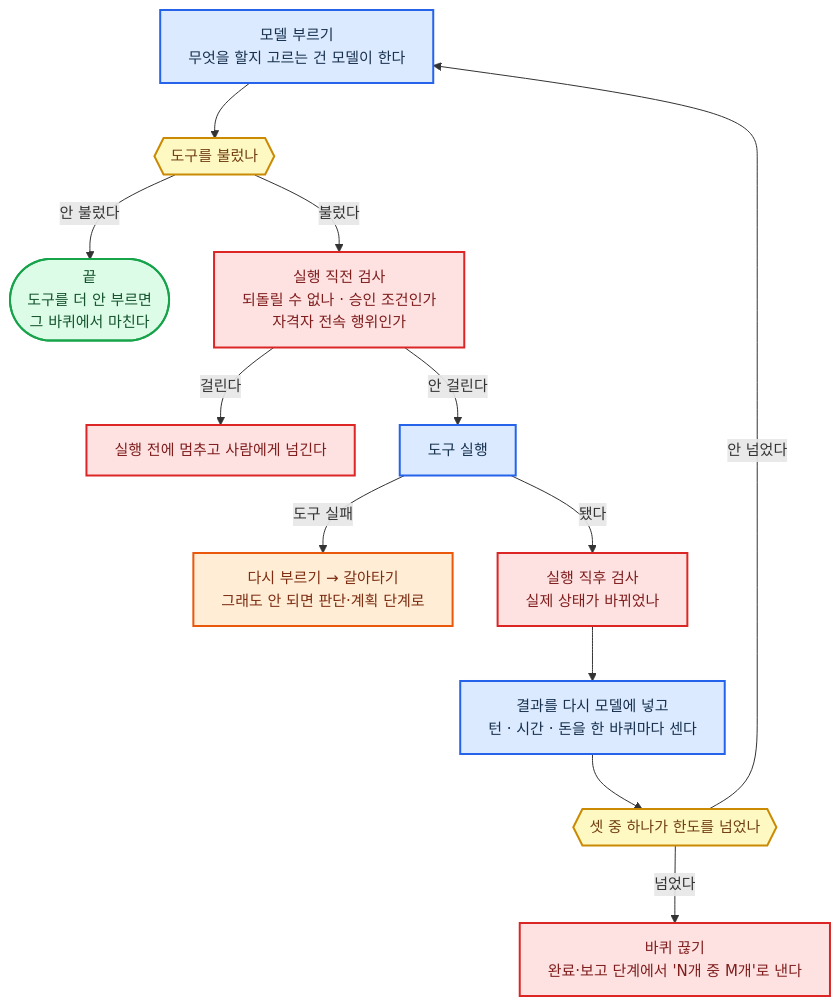
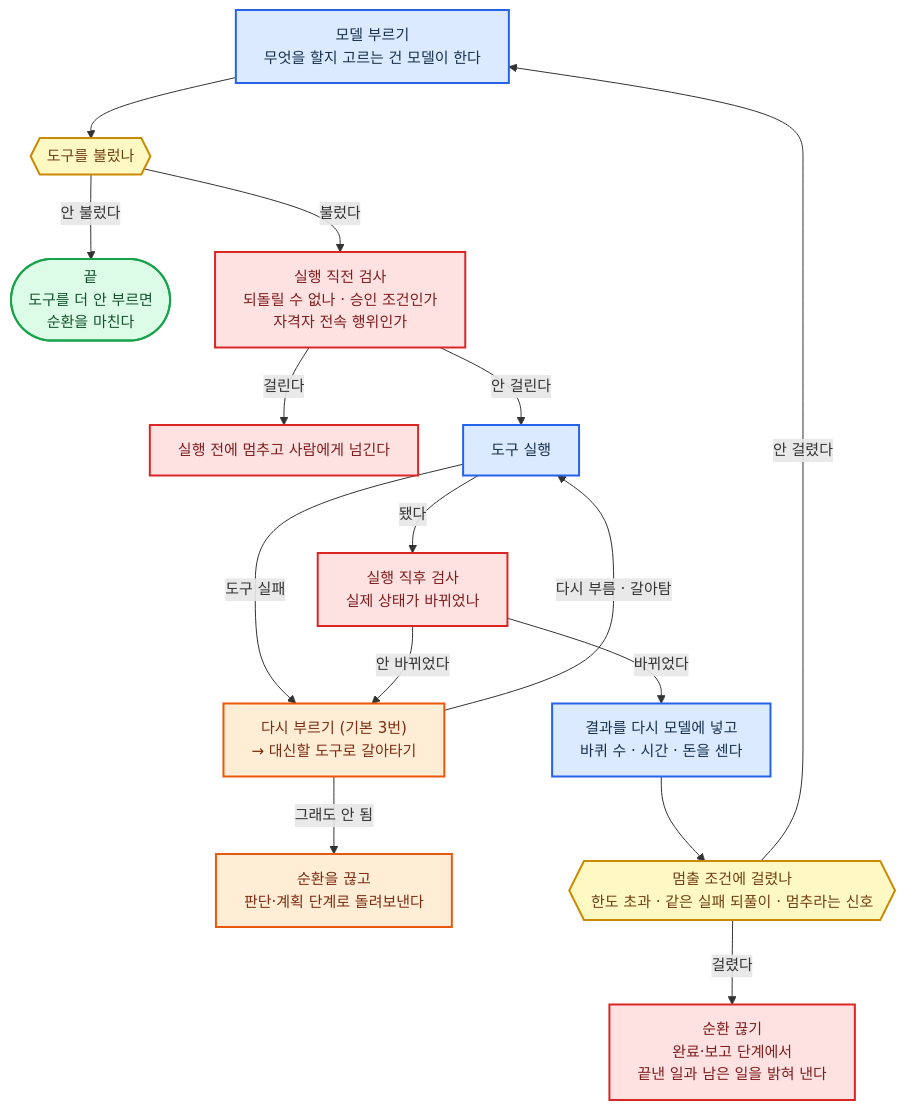
One commit to harisbaguette/expert changed the seventh of 8 diagrams in 전문가 에이전트 정의 1.md. Above: the diagram before and after it, drawn with Mermaid. The commit also changed other lines of this file, not shown here.

````diff
--- a/전문가 에이전트 정의 1.md
+++ b/전문가 에이전트 정의 1.md
@@ -1084,30 +1084,35 @@
 ```mermaid
 %%{init: {"flowchart": {"wrappingWidth": 640, "curve": "basis", "nodeSpacing": 45, "rankSpacing": 55, "padding": 14, "useMaxWidth": true}, "themeVariables": {"fontSize": "15px"}} }%%
 flowchart TB
     M["모델 부르기<br/>무엇을 할지 고르는 건 모델이 한다"]:::main
     QQ{{"도구를 불렀나"}}:::note
-    DONE(["끝<br/>도구를 더 안 부르면<br/>그 바퀴에서 마친다"]):::good
+    DONE(["끝<br/>도구를 더 안 부르면<br/>순환을 마친다"]):::good
     PRE["실행 직전 검사<br/>되돌릴 수 없나 · 승인 조건인가<br/>자격자 전속 행위인가"]:::stop
     HUM["실행 전에 멈추고 사람에게 넘긴다"]:::stop
     T["도구 실행"]:::main
-    RETRY["다시 부르기 → 갈아타기<br/>그래도 안 되면 판단·계획 단계로"]:::back
+    RETRY["다시 부르기 (기본 3번)<br/>→ 대신할 도구로 갈아타기"]:::back
+    PLAN["순환을 끊고<br/>판단·계획 단계로 돌려보낸다"]:::back
     POST["실행 직후 검사<br/>실제 상태가 바뀌었나"]:::stop
-    BACK["결과를 다시 모델에 넣고<br/>턴 · 시간 · 돈을 한 바퀴마다 센다"]:::main
-    CNT{{"셋 중 하나가 한도를 넘었나"}}:::note
-    STOPN["바퀴 끊기<br/>완료·보고 단계에서 'N개 중 M개'로 낸다"]:::stop
+    BACK["결과를 다시 모델에 넣고<br/>바퀴 수 · 시간 · 돈을 센다"]:::main
+    CNT{{"멈출 조건에 걸렸나<br/>한도 초과 · 같은 실패 되풀이 · 멈추라는 신호"}}:::note
+    STOPN["순환 끊기<br/>완료·보고 단계에서<br/>끝낸 일과 남은 일을 밝혀 낸다"]:::stop
     M --> QQ
     QQ -- "안 불렀다" --> DONE
     QQ -- "불렀다" --> PRE
     PRE -- "걸린다" --> HUM
     PRE -- "안 걸린다" --> T
     T -- "도구 실패" --> RETRY
-    T -- "됐다" --> POST --> BACK --> CNT
-    CNT -- "넘었다" --> STOPN
-    CNT -- "안 넘었다" --> M
+    T -- "됐다" --> POST
+    POST -- "안 바뀌었다" --> RETRY
+    POST -- "바뀌었다" --> BACK --> CNT
+    RETRY -- "다시 부름 · 갈아탐" --> T
+    RETRY -- "그래도 안 됨" --> PLAN
+    CNT -- "걸렸다" --> STOPN
+    CNT -- "안 걸렸다" --> M
     classDef main fill:#dbeafe,stroke:#2563eb,stroke-width:2px,color:#17314f
     classDef stop fill:#fee2e2,stroke:#dc2626,stroke-width:2px,color:#7f1d1d
     classDef back fill:#ffedd5,stroke:#ea580c,stroke-width:2px,color:#7c2d12
     classDef store fill:#e5e7eb,stroke:#6b7280,stroke-width:2px,color:#1f2937
     classDef good fill:#dcfce7,stroke:#16a34a,stroke-width:2px,color:#14532d
     classDef note fill:#fef9c3,stroke:#ca8a04,stroke-width:2px,color:#713f12
 ```
````
